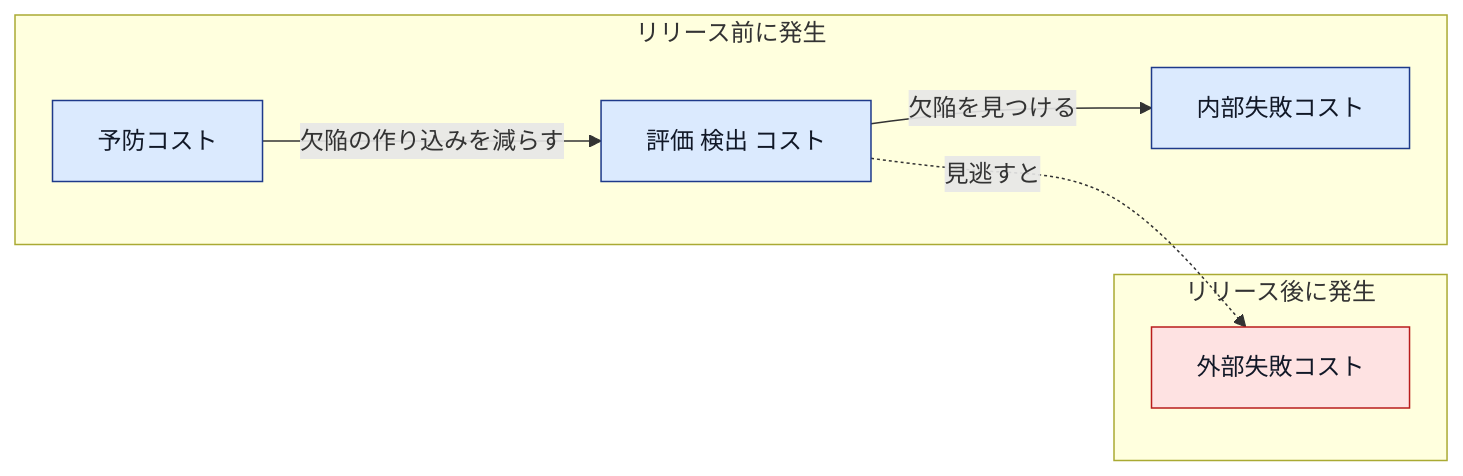
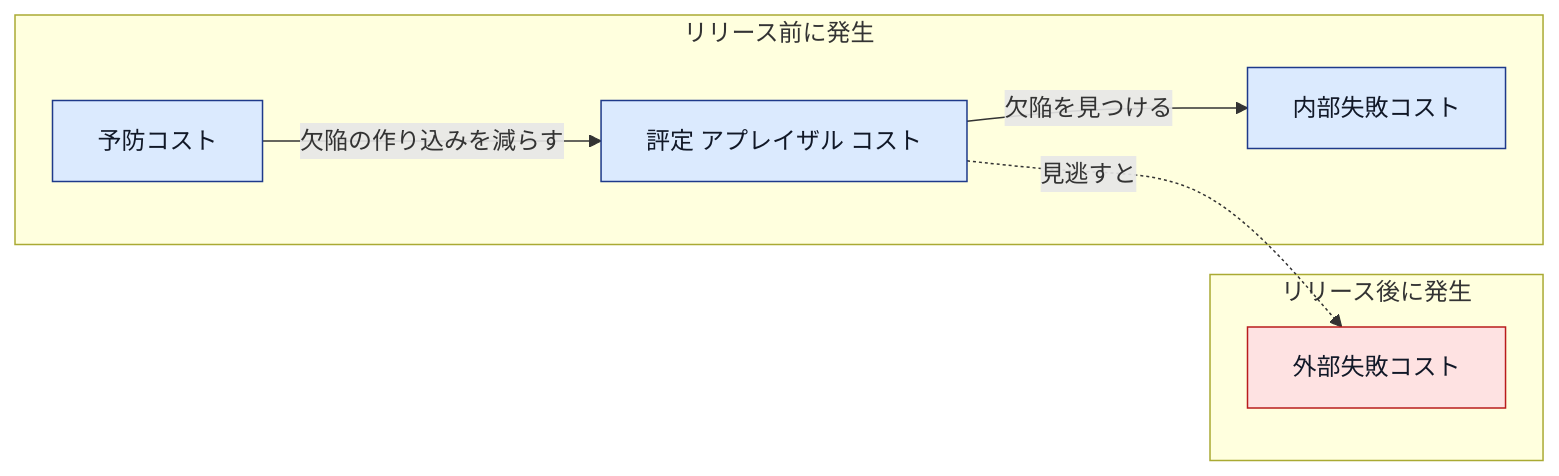
The sixth of 7 diagrams in Ctal-tm-v3-ch3-managing-the-team-guide.md (myoshi2891/Quality-Assurance-Studies), drawn with Mermaid before and after one commit. The commit also changed other lines of this file and 1 other file, not shown here.

````diff
--- a/Ctal-tm-v3-ch3-managing-the-team-guide.md
+++ b/Ctal-tm-v3-ch3-managing-the-team-guide.md
@@ -402,18 +403,18 @@
 ```mermaid
 flowchart LR
     subgraph PRE["リリース前に発生"]
         P["予防コスト"]
-        A["評価 検出 コスト"]
+        A["評定 アプレイザル コスト"]
         I["内部失敗コスト"]
     end
     subgraph POST["リリース後に発生"]
         E["外部失敗コスト"]
     end
     P -->|"欠陥の作り込みを減らす"| A
     A -->|"欠陥を見つける"| I
     A -.->|"見逃すと"| E
     classDef pre fill:#dbeafe,stroke:#1e3a8a,color:#111827
     classDef post fill:#fee2e2,stroke:#b91c1c,color:#111827
     class P,A,I pre
     class E post
 ```
````
